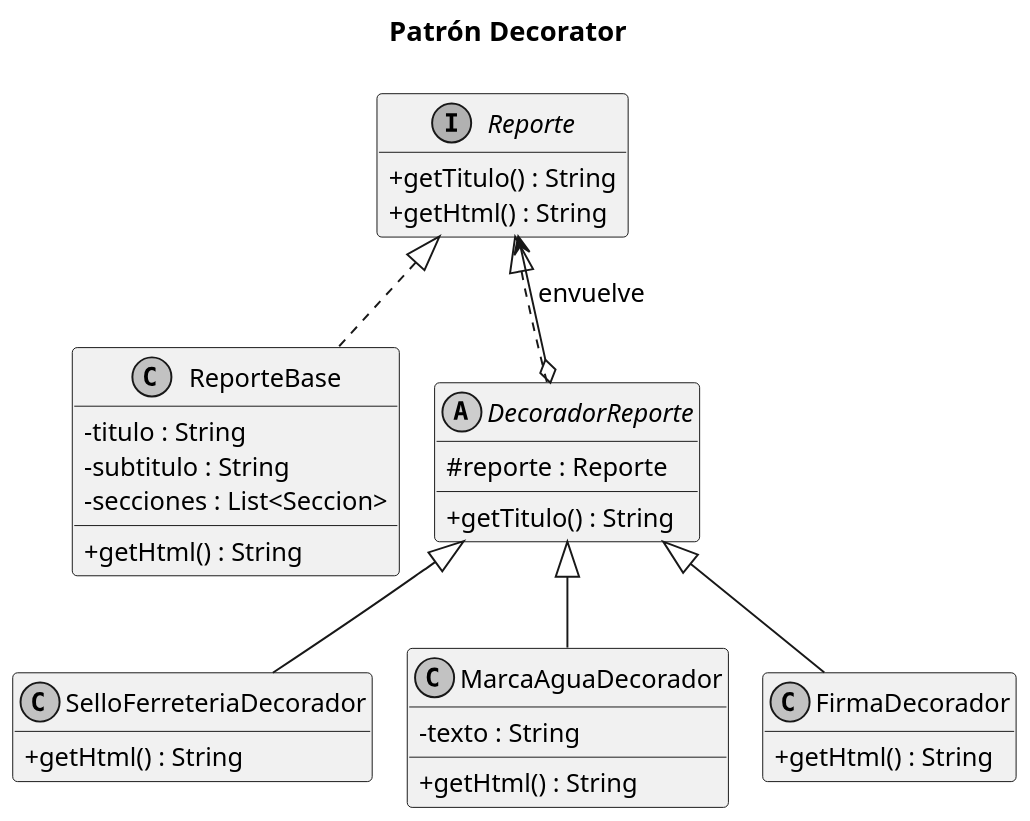
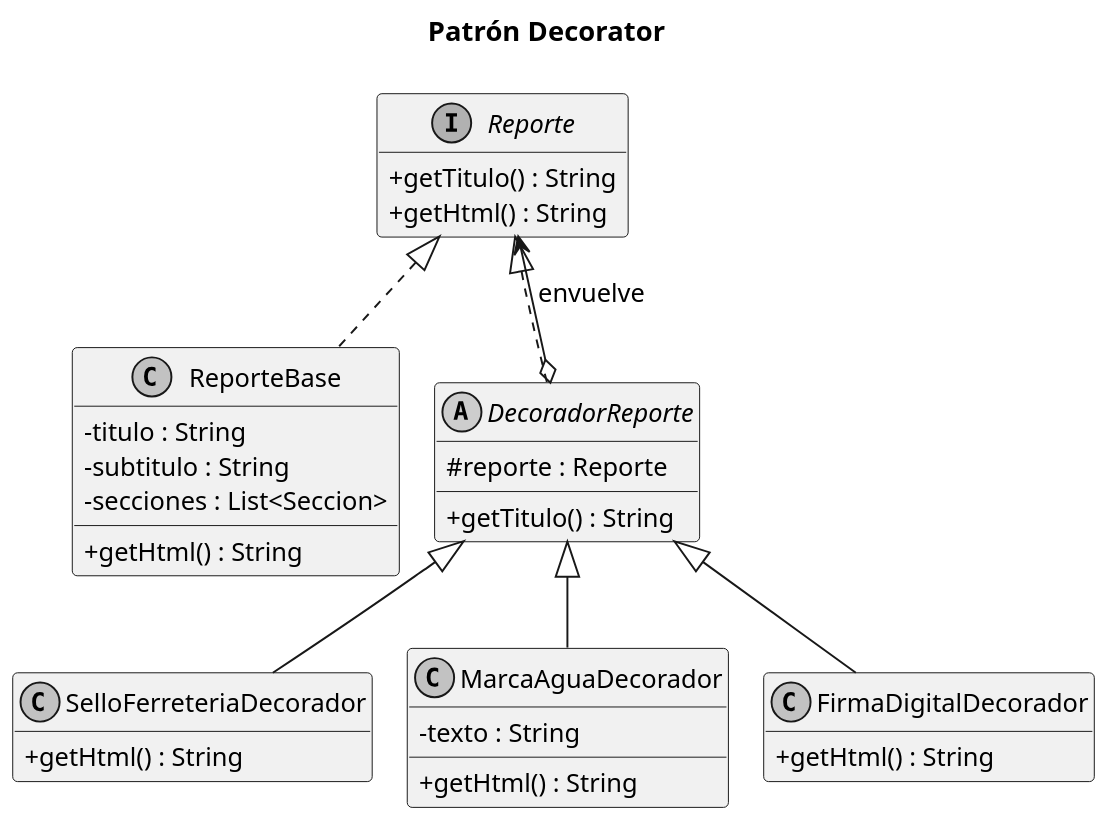
Before and after one commit to oropezadev-wq/ferreteria-ventas: the diagram in docs/uml/6-decorator.puml, drawn with PlantUML. The commit also changed 62 other files, not shown here.

```diff
--- a/docs/uml/6-decorator.puml
+++ b/docs/uml/6-decorator.puml
@@ -1,42 +1,42 @@
 @startuml
 !pragma layout smetana
 skinparam classAttributeIconSize 0
 skinparam dpi 150
 skinparam shadowing false
 skinparam monochrome true
 skinparam defaultFontName Arial
 skinparam defaultFontSize 13
 skinparam packageStyle rectangle
 hide empty members
 title Patrón Decorator
 interface Reporte {
   + getTitulo() : String
   + getHtml() : String
 }
 class ReporteBase {
   - titulo : String
   - subtitulo : String
   - secciones : List<Seccion>
   + getHtml() : String
 }
 abstract class DecoradorReporte {
   # reporte : Reporte
   + getTitulo() : String
 }
 class SelloFerreteriaDecorador {
   + getHtml() : String
 }
 class MarcaAguaDecorador {
   - texto : String
   + getHtml() : String
 }
-class FirmaDecorador {
+class FirmaDigitalDecorador {
   + getHtml() : String
 }
 Reporte <|.. ReporteBase
 Reporte <|.. DecoradorReporte
 DecoradorReporte o--> Reporte : envuelve
 DecoradorReporte <|-- SelloFerreteriaDecorador
 DecoradorReporte <|-- MarcaAguaDecorador
-DecoradorReporte <|-- FirmaDecorador
+DecoradorReporte <|-- FirmaDigitalDecorador
 @enduml
```
